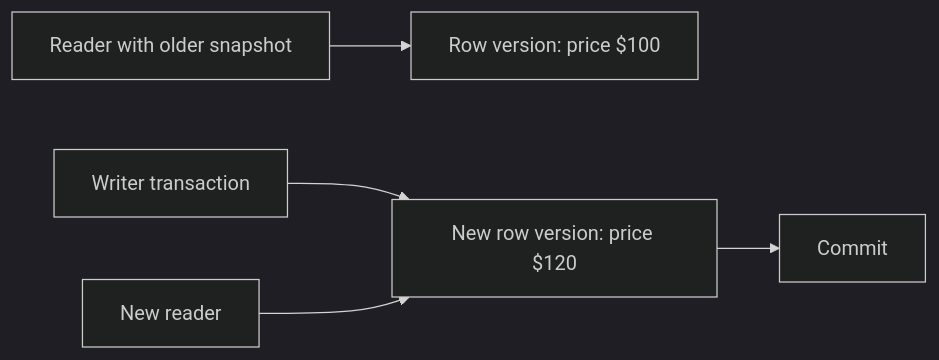
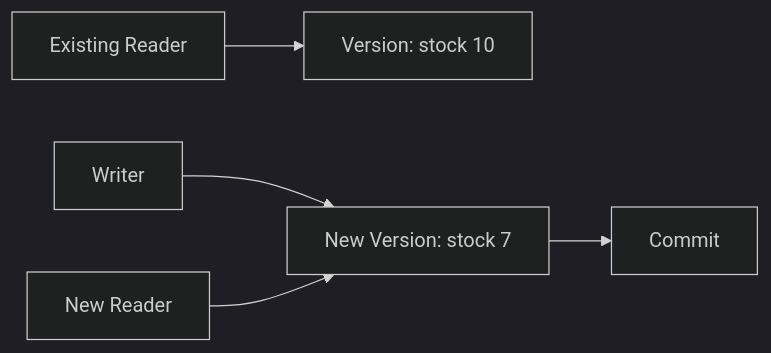
The second of 3 diagrams in src/content/databases/transaction-isolation-levels.md (AvadhBhalodiya/Interview-Preparation), drawn with Mermaid (dark theme) before and after one commit. The commit also changed other lines of this file and 80 other files, not shown here.

````diff
--- a/src/content/databases/transaction-isolation-levels.md
+++ b/src/content/databases/transaction-isolation-levels.md
@@ -583,7 +345,7 @@
 ```mermaid
 flowchart LR
-    R1[Reader with older snapshot] --> V1[Row version: price $100]
-    W[Writer transaction] --> V2[New row version: price $120]
+    R1[Existing Reader] --> V1[Version: stock 10]
+    W[Writer] --> V2[New Version: stock 7]
     V2 --> C[Commit]
-    R2[New reader] --> V2
+    R2[New Reader] --> V2
 ```
````
